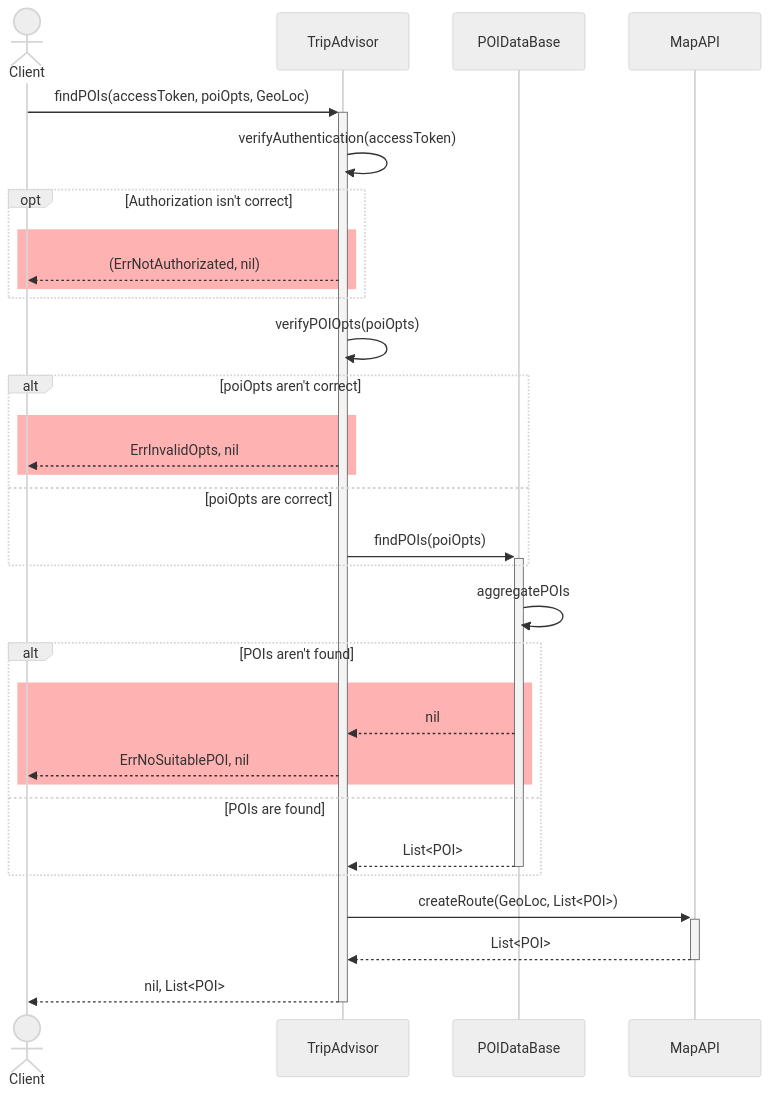
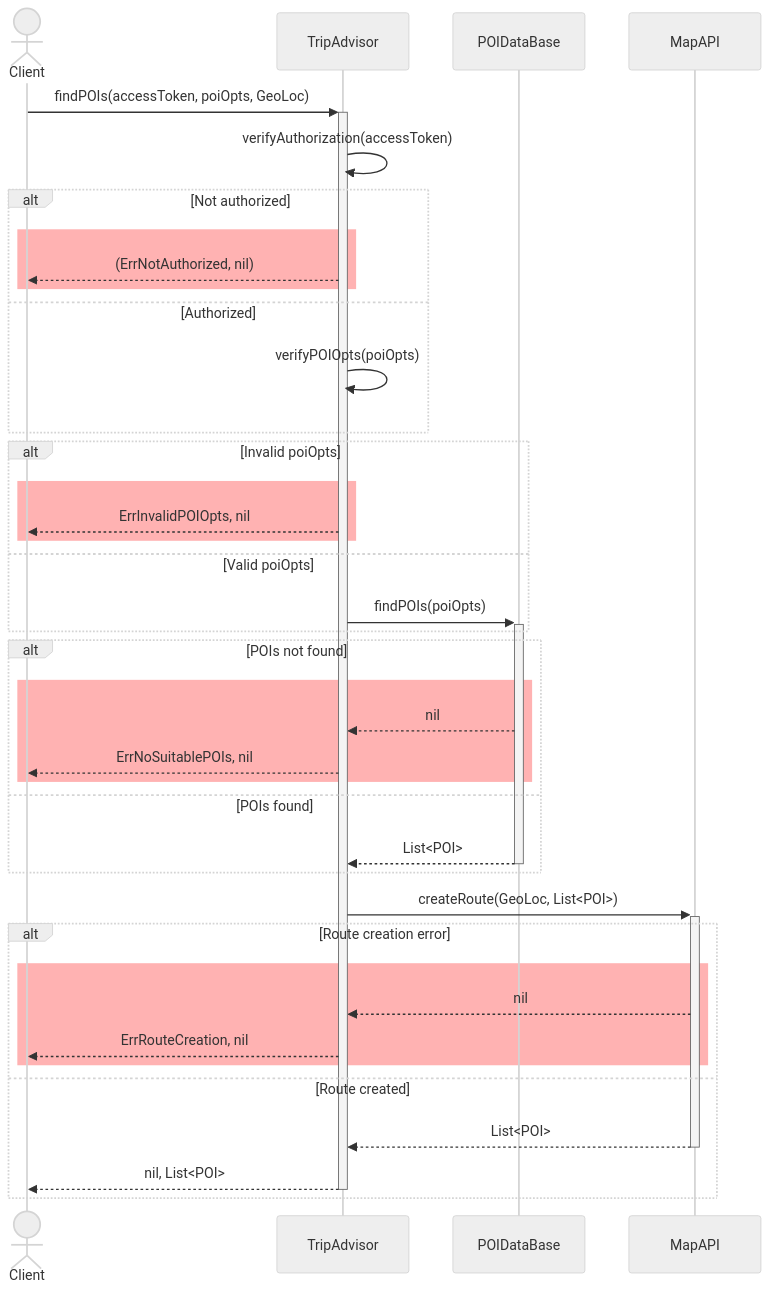
The diagram in uml/src/get_route.mmd (d-kv/backend-travel-app), drawn with Mermaid (neutral theme) before and after one commit. The commit also changed 9 other files, not shown here.

```diff
--- a/uml/src/get_route.mmd
+++ b/uml/src/get_route.mmd
@@ -1,42 +1,47 @@
 %% @backgroundColor(Gray)
 
 sequenceDiagram
 	actor Client as Client
 	participant Trip as TripAdvisor
 	participant DB as POIDataBase
     participant Map as MapAPI
 
 	Client->>+Trip: findPOIs(accessToken, poiOpts, GeoLoc)
 
-		Trip->>Trip: verifyAuthentication(accessToken)
-		opt Authorization isn't correct
+		Trip->>Trip: verifyAuthorization(accessToken)
+		alt Not authorized
 			rect rgba(255, 0, 0, 0.3)
-				Trip-->>Client: (ErrNotAuthorizated, nil)
+				Trip-->>Client: (ErrNotAuthorized, nil)
 			end
+		else Authorized
+			Trip->>Trip: verifyPOIOpts(poiOpts)
 		end
 
-		Trip->>Trip: verifyPOIOpts(poiOpts)
-
-		alt poiOpts aren't correct
+		alt Invalid poiOpts
 			rect rgba(255, 0, 0, 0.3)
-				Trip-->>Client: ErrInvalidOpts, nil
+				Trip-->>Client: ErrInvalidPOIOpts, nil
 			end
-		else poiOpts are correct
+		else Valid poiOpts
 			Trip->>+DB: findPOIs(poiOpts)
 		end
 
-		DB->>DB: aggregatePOIs
-
-        alt POIs aren't found
-            rect rgba(255, 0, 0, 0.3)
+        alt POIs not found
+		rect rgba(255, 0, 0, 0.3)
                 DB-->>Trip: nil
-                Trip-->>Client: ErrNoSuitablePOI, nil
+                Trip-->>Client: ErrNoSuitablePOIs, nil
             end
-        else POIs are found
+        else POIs found
             DB-->>-Trip: List<POI>
         end
 
-        Trip->>+Map: createRoute(GeoLoc, List<POI>)        
+        Trip->>+Map: createRoute(GeoLoc, List<POI>)
 
-        Map-->>-Trip: List<POI>
-		Trip-->>-Client: nil, List<POI>
+		alt Route creation error
+			rect rgba(255, 0, 0, 0.3)
+                Map-->>Trip: nil
+                Trip-->>Client: ErrRouteCreation, nil
+            end
+        else Route created
+		    Map-->>-Trip: List<POI>
+			Trip-->>-Client: nil, List<POI>
+        end     
```
